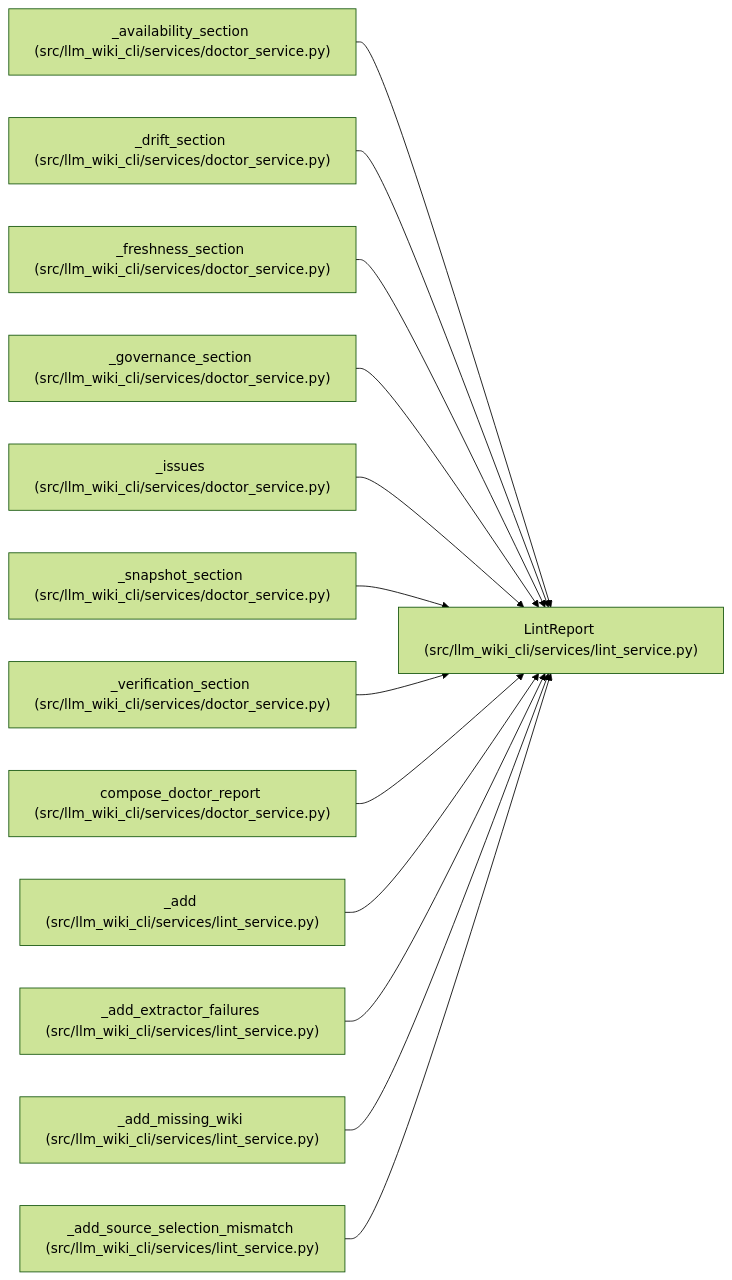
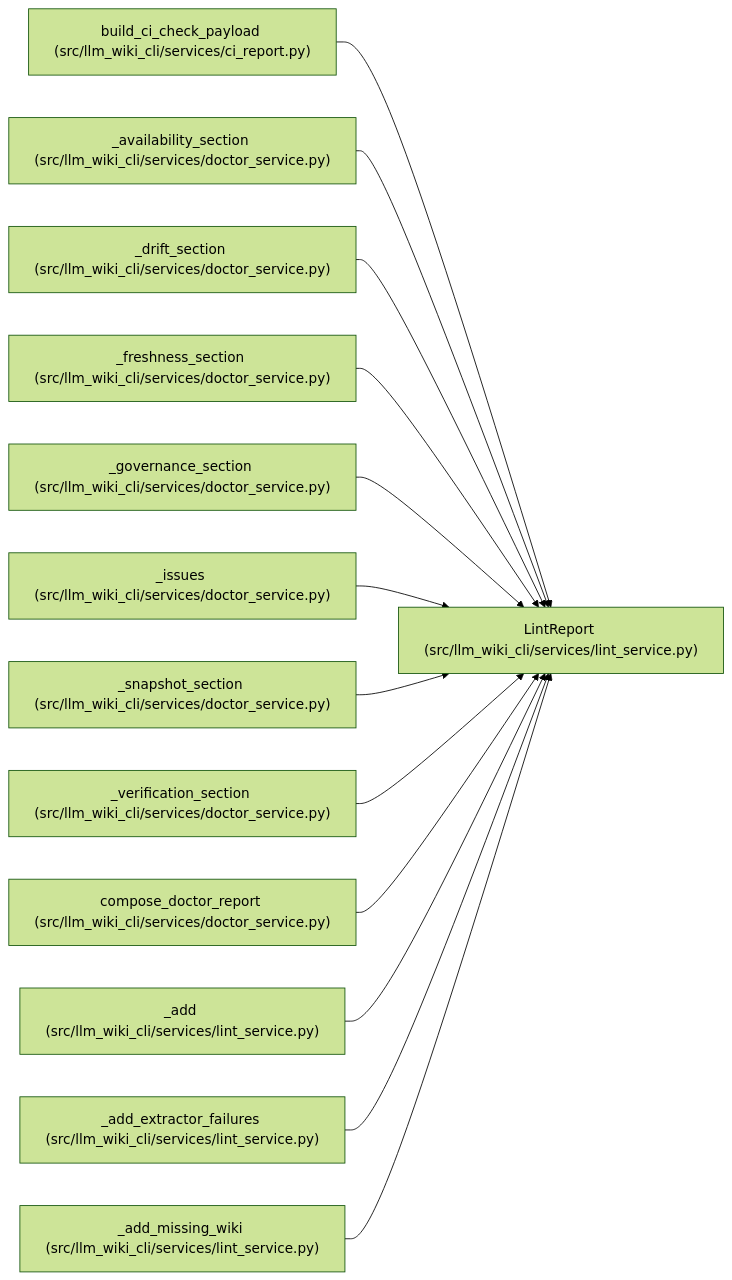
Before and after one commit to Denissvgn/python-wiki-llm: the diagram in docs/llm_wiki/entities/LintReport.md, drawn with Mermaid (forest theme). The commit also changed other lines of this file and 33 other files, not shown here.

````diff
--- a/docs/llm_wiki/entities/LintReport.md
+++ b/docs/llm_wiki/entities/LintReport.md
@@ -43,41 +43,41 @@
 ```mermaid
 flowchart LR
     n0["LintReport (src/llm_wiki_cli/services/lint_service.py)"]
-    n1["_availability_section (src/llm_wiki_cli/services/doctor_service.py)"]
-    n2["_drift_section (src/llm_wiki_cli/services/doctor_service.py)"]
-    n3["_freshness_section (src/llm_wiki_cli/services/doctor_service.py)"]
-    n4["_governance_section (src/llm_wiki_cli/services/doctor_service.py)"]
-    n5["_issues (src/llm_wiki_cli/services/doctor_service.py)"]
-    n6["_snapshot_section (src/llm_wiki_cli/services/doctor_service.py)"]
-    n7["_verification_section (src/llm_wiki_cli/services/doctor_service.py)"]
-    n8["compose_doctor_report (src/llm_wiki_cli/services/doctor_service.py)"]
-    n9["_add (src/llm_wiki_cli/services/lint_service.py)"]
-    n10["_add_extractor_failures (src/llm_wiki_cli/services/lint_service.py)"]
-    n11["_add_missing_wiki (src/llm_wiki_cli/services/lint_service.py)"]
-    n12["_add_source_selection_mismatch (src/llm_wiki_cli/services/lint_service.py)"]
+    n1["build_ci_check_payload (src/llm_wiki_cli/services/ci_report.py)"]
+    n2["_availability_section (src/llm_wiki_cli/services/doctor_service.py)"]
+    n3["_drift_section (src/llm_wiki_cli/services/doctor_service.py)"]
+    n4["_freshness_section (src/llm_wiki_cli/services/doctor_service.py)"]
+    n5["_governance_section (src/llm_wiki_cli/services/doctor_service.py)"]
+    n6["_issues (src/llm_wiki_cli/services/doctor_service.py)"]
+    n7["_snapshot_section (src/llm_wiki_cli/services/doctor_service.py)"]
+    n8["_verification_section (src/llm_wiki_cli/services/doctor_service.py)"]
+    n9["compose_doctor_report (src/llm_wiki_cli/services/doctor_service.py)"]
+    n10["_add (src/llm_wiki_cli/services/lint_service.py)"]
+    n11["_add_extractor_failures (src/llm_wiki_cli/services/lint_service.py)"]
+    n12["_add_missing_wiki (src/llm_wiki_cli/services/lint_service.py)"]
     n1 --> n0
     n2 --> n0
     n3 --> n0
     n4 --> n0
     n5 --> n0
     n6 --> n0
     n7 --> n0
     n8 --> n0
     n9 --> n0
     n10 --> n0
     n11 --> n0
     n12 --> n0
     click n0 "../modules/lint_service.md"
-    click n1 "../modules/doctor_service.md"
+    click n1 "../modules/ci_report.md"
     click n2 "../modules/doctor_service.md"
     click n3 "../modules/doctor_service.md"
     click n4 "../modules/doctor_service.md"
     click n5 "../modules/doctor_service.md"
     click n6 "../modules/doctor_service.md"
     click n7 "../modules/doctor_service.md"
     click n8 "../modules/doctor_service.md"
-    click n9 "../modules/lint_service.md"
+    click n9 "../modules/doctor_service.md"
     click n10 "../modules/lint_service.md"
     click n11 "../modules/lint_service.md"
     click n12 "../modules/lint_service.md"
 ```
````
